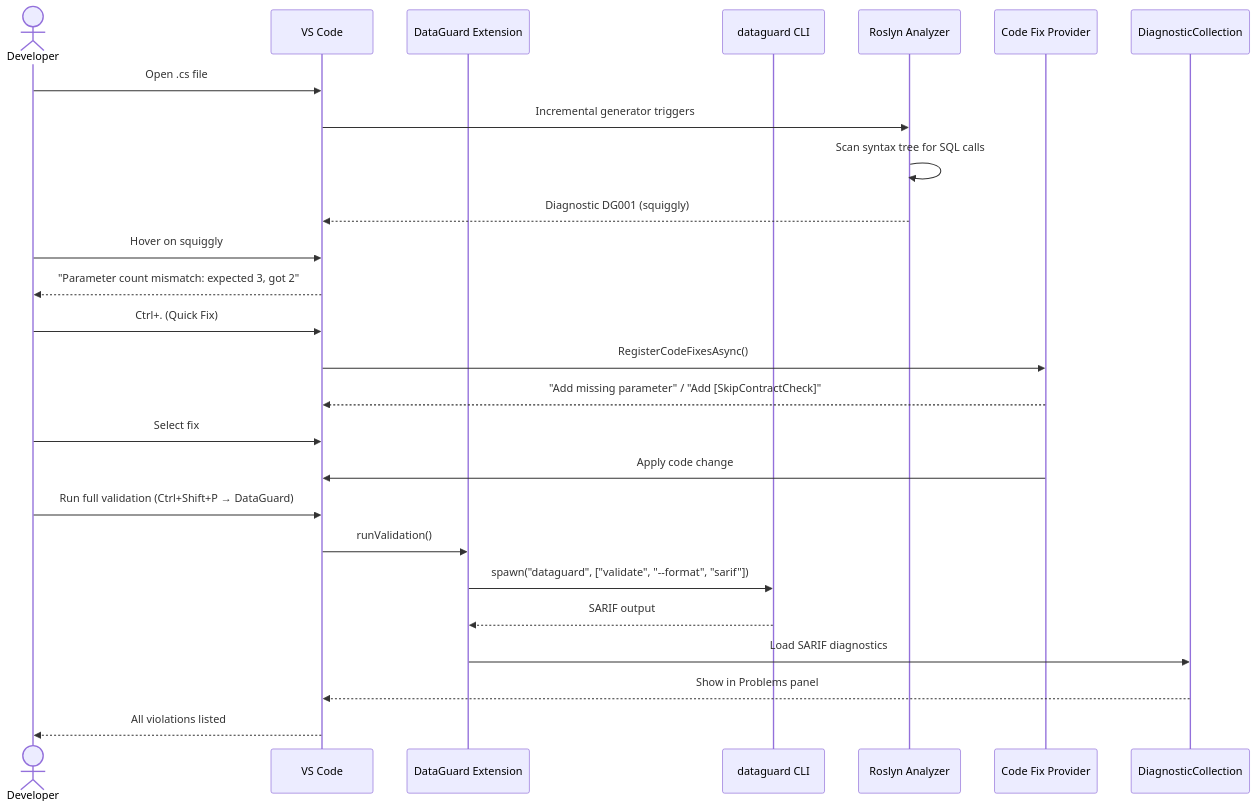
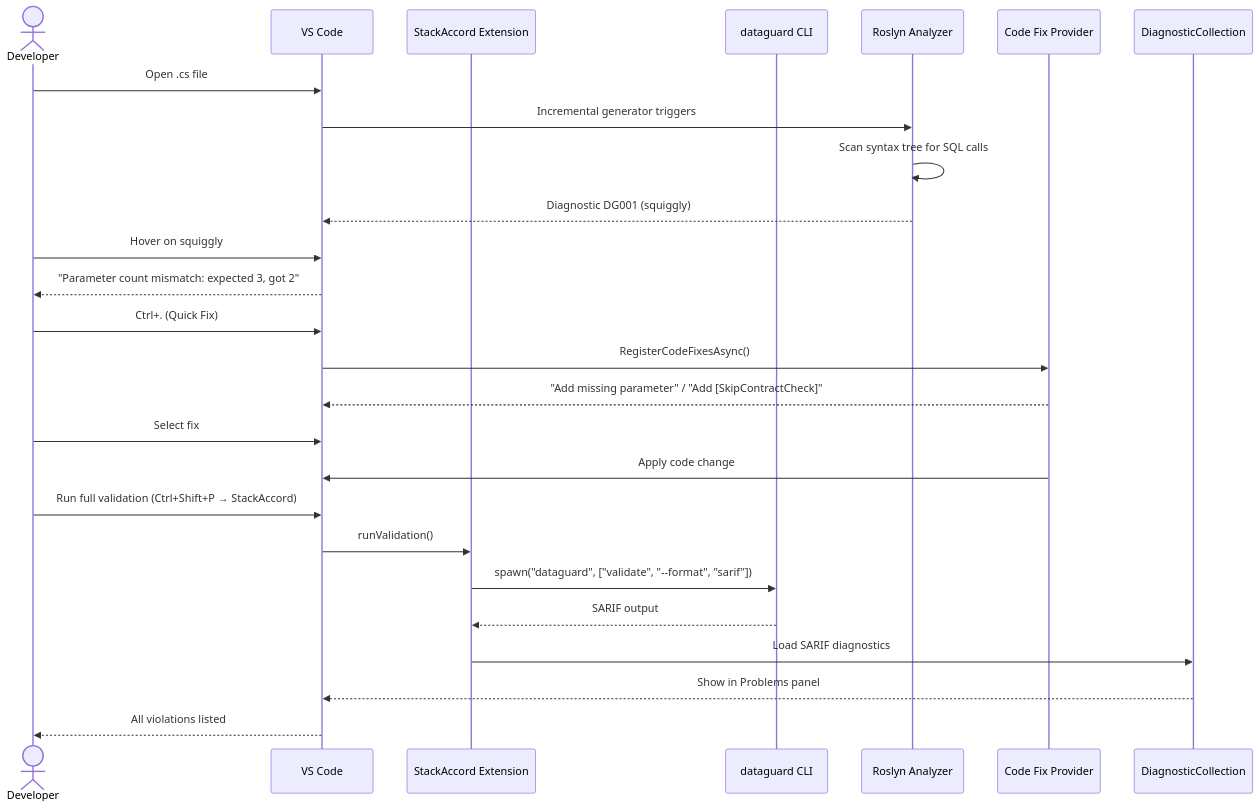
The second of 7 diagrams in docs/04-diagrams/sequence-diagrams.md (thanhnt-sm/eco_support_net_oracle), drawn with Mermaid before and after one commit. The commit also changed 115 other files, not shown here.

Commit message:
fix(branding): align StackAccord docs and release copy

````diff
--- a/docs/04-diagrams/sequence-diagrams.md
+++ b/docs/04-diagrams/sequence-diagrams.md
@@ -58,32 +58,32 @@
 ```mermaid
 sequenceDiagram
     actor Developer
     participant VSCode as VS Code
-    participant Ext as DataGuard Extension
+    participant Ext as StackAccord Extension
     participant CLI as dataguard CLI
     participant Analyzer as Roslyn Analyzer
     participant CodeFix as Code Fix Provider
     participant Diag as DiagnosticCollection
 
     Developer->>VSCode: Open .cs file
     VSCode->>Analyzer: Incremental generator triggers
     Analyzer->>Analyzer: Scan syntax tree for SQL calls
     Analyzer-->>VSCode: Diagnostic DG001 (squiggly)
     
     Developer->>VSCode: Hover on squiggly
     VSCode-->>Developer: "Parameter count mismatch: expected 3, got 2"
     
     Developer->>VSCode: Ctrl+. (Quick Fix)
     VSCode->>CodeFix: RegisterCodeFixesAsync()
     CodeFix-->>VSCode: "Add missing parameter" / "Add [SkipContractCheck]"
     Developer->>VSCode: Select fix
     CodeFix->>VSCode: Apply code change
     
-    Developer->>VSCode: Run full validation (Ctrl+Shift+P → DataGuard)
+    Developer->>VSCode: Run full validation (Ctrl+Shift+P → StackAccord)
     VSCode->>Ext: runValidation()
     Ext->>CLI: spawn("dataguard", ["validate", "--format", "sarif"])
     CLI-->>Ext: SARIF output
     Ext->>Diag: Load SARIF diagnostics
     Diag-->>VSCode: Show in Problems panel
     VSCode-->>Developer: All violations listed
 ```
````
